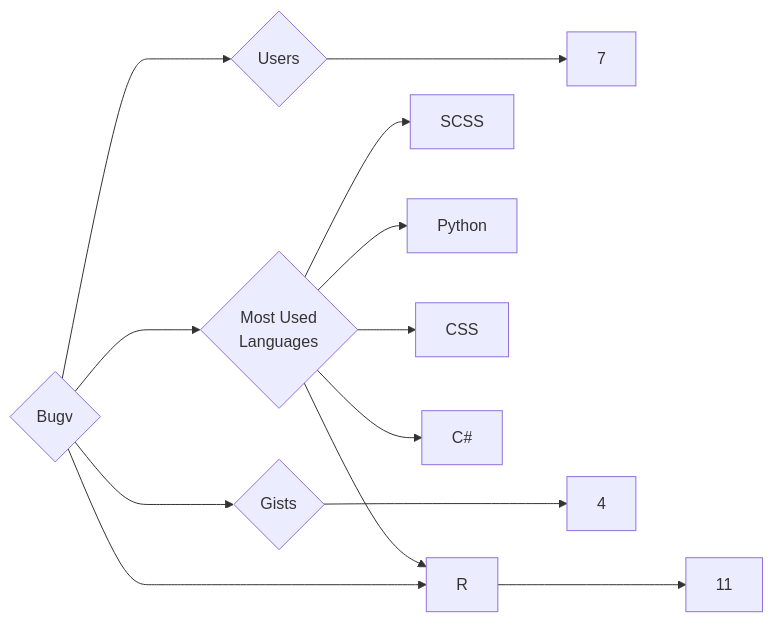
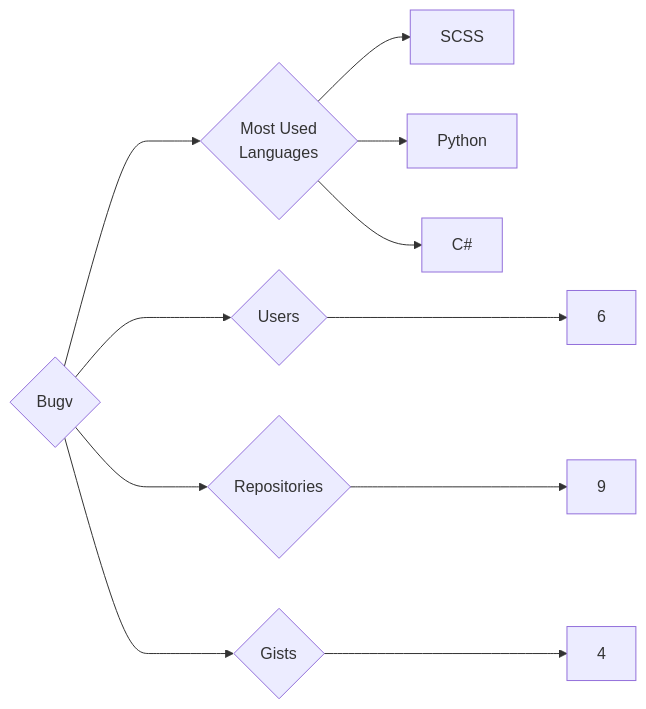
One commit to trickest/insiders changed the diagram in targets/Bugv/README.md. Above: the diagram before and after it, drawn with Mermaid. The commit also changed 1023 other files, not shown here.

````diff
--- a/targets/Bugv/README.md
+++ b/targets/Bugv/README.md
@@ -3,13 +3,11 @@
 ```mermaid
 graph LR
 COMPANY_NAME{Bugv}
-COMPANY_NAME ---> U{Users} ---> UN[7]
-COMPANY_NAME ---> R{Repositories} ---> RN[11]
+COMPANY_NAME ---> U{Users} ---> UN[6]
+COMPANY_NAME ---> R{Repositories} ---> RN[9]
 COMPANY_NAME ---> G{Gists} ---> GN[4]
 COMPANY_NAME ---> ML{Most Used<br>Languages}
 ML --> SCSS[SCSS]
-ML --> R[R]
 ML --> Python[Python]
-ML --> CSS[CSS]
 ML --> C#[C#]
 ```
````
